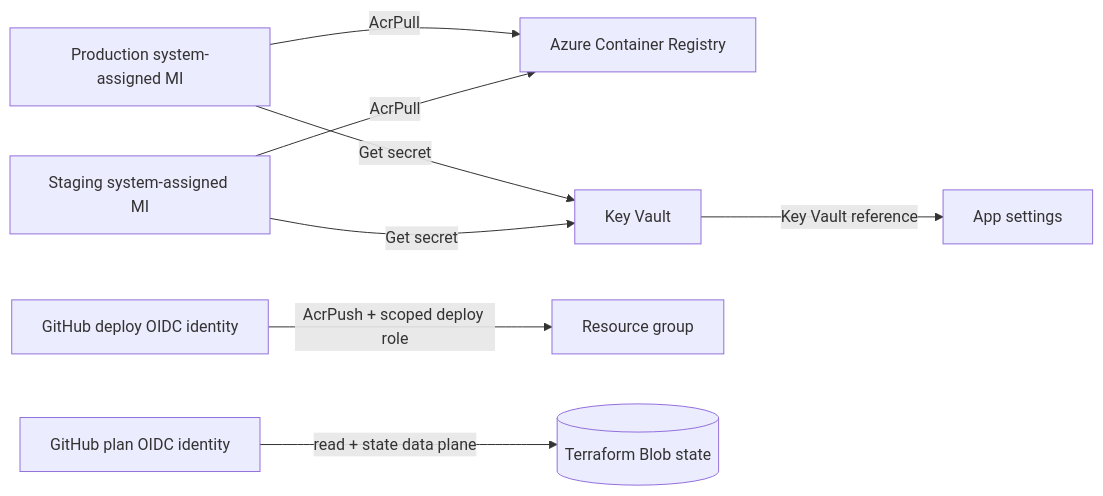
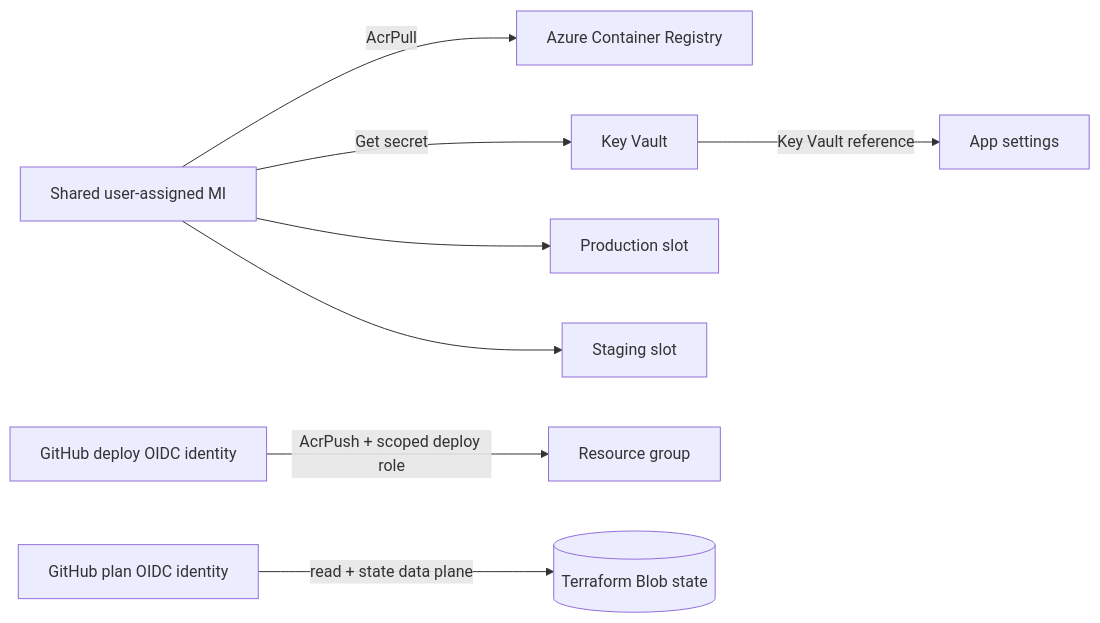
One commit to qkhanhbe/HanoiTrip changed the second of 4 diagrams in architecture.md. Above: the diagram before and after it, drawn with Mermaid. The commit also changed 13 other files, not shown here.

````diff
--- a/architecture.md
+++ b/architecture.md
@@ -24,10 +24,10 @@
 ```mermaid
 flowchart LR
-    ProdMI[Production system-assigned MI] -->|AcrPull| ACR[Azure Container Registry]
-    StageMI[Staging system-assigned MI] -->|AcrPull| ACR
-    ProdMI -->|Get secret| KV[Key Vault]
-    StageMI -->|Get secret| KV
+    AppMI[Shared user-assigned MI] -->|AcrPull| ACR[Azure Container Registry]
+    AppMI -->|Get secret| KV[Key Vault]
+    AppMI --> Prod[Production slot]
+    AppMI --> Stage[Staging slot]
     KV -->|Key Vault reference| Settings[App settings]
     Deploy[GitHub deploy OIDC identity] -->|AcrPush + scoped deploy role| Azure[Resource group]
     Plan[GitHub plan OIDC identity] -->|read + state data plane| State[(Terraform Blob state)]
 ```
````
